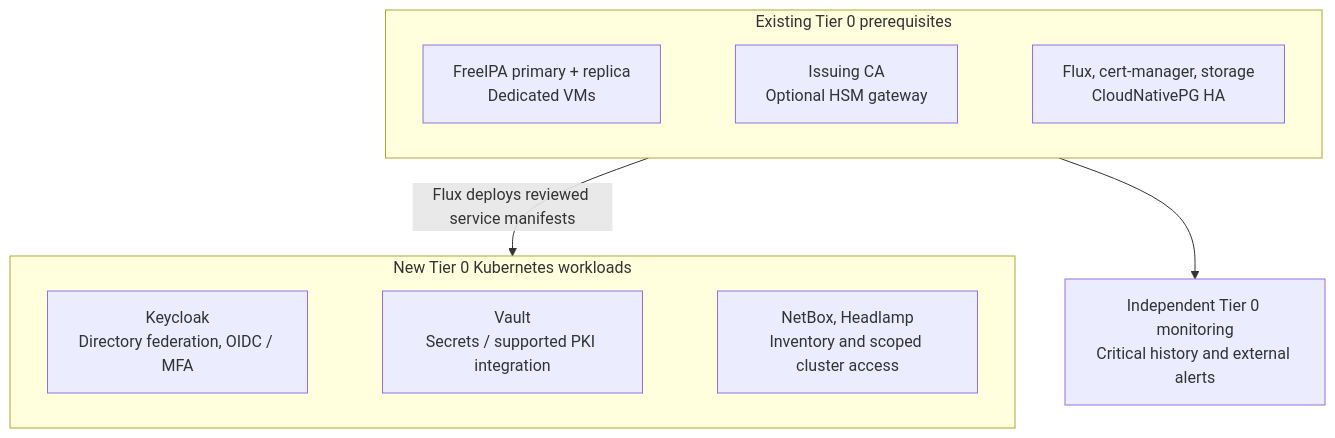
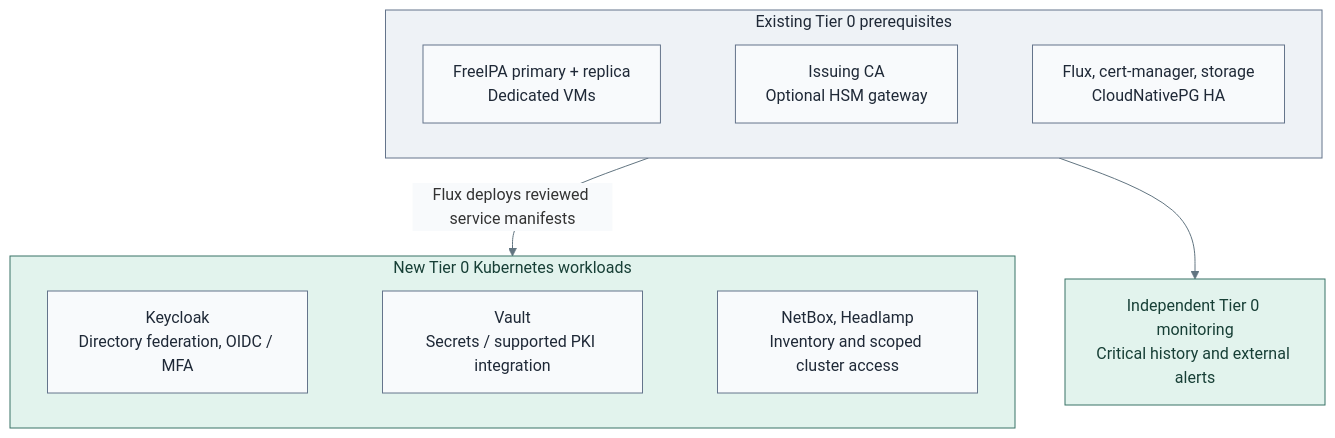
Before and after one commit to Rexus/homelab: the diagram in docs/deployment/stage-4-control-services/README.md, drawn with Mermaid. The commit also changed 49 other files, not shown here.

Commit message:
docs(diagrams): clarify tier layouts and visual styles

````diff
--- a/docs/deployment/stage-4-control-services/README.md
+++ b/docs/deployment/stage-4-control-services/README.md
@@ -21,19 +21,25 @@
 ```mermaid
+%%{init: {"theme":"base","themeVariables":{"lineColor":"#627581","edgeLabelBackground":"#f8fafc"}}}%%
 flowchart TB
   subgraph Existing["Existing Tier 0 prerequisites"]
     direction LR
     Directory["FreeIPA primary + replica<br/>Dedicated VMs"]
     Issuer["Issuing CA<br/>Optional HSM gateway"]
     Base["Flux, cert-manager, storage<br/>CloudNativePG HA"]
     Directory ~~~ Issuer ~~~ Base
   end
   subgraph Added["New Tier 0 Kubernetes workloads"]
     direction LR
     Keycloak["Keycloak<br/>Directory federation, OIDC / MFA"]
     Vault["Vault<br/>Secrets / supported PKI integration"]
     Ops["NetBox, Headlamp<br/>Inventory and scoped cluster access"]
     Keycloak ~~~ Vault ~~~ Ops
   end
   Existing -->|Flux deploys reviewed service manifests| Added
   Existing --> Monitoring["Independent Tier 0 monitoring<br/>Critical history and external alerts"]
+  classDef default fill:#f8fafc,stroke:#64748b,color:#1f2937
+  classDef boundary fill:#eef2f6,stroke:#64748b,color:#1f2937
+  classDef control fill:#e2f3ed,stroke:#397366,color:#173f36
+  class Existing boundary
+  class Added,Monitoring control
 ```
````
